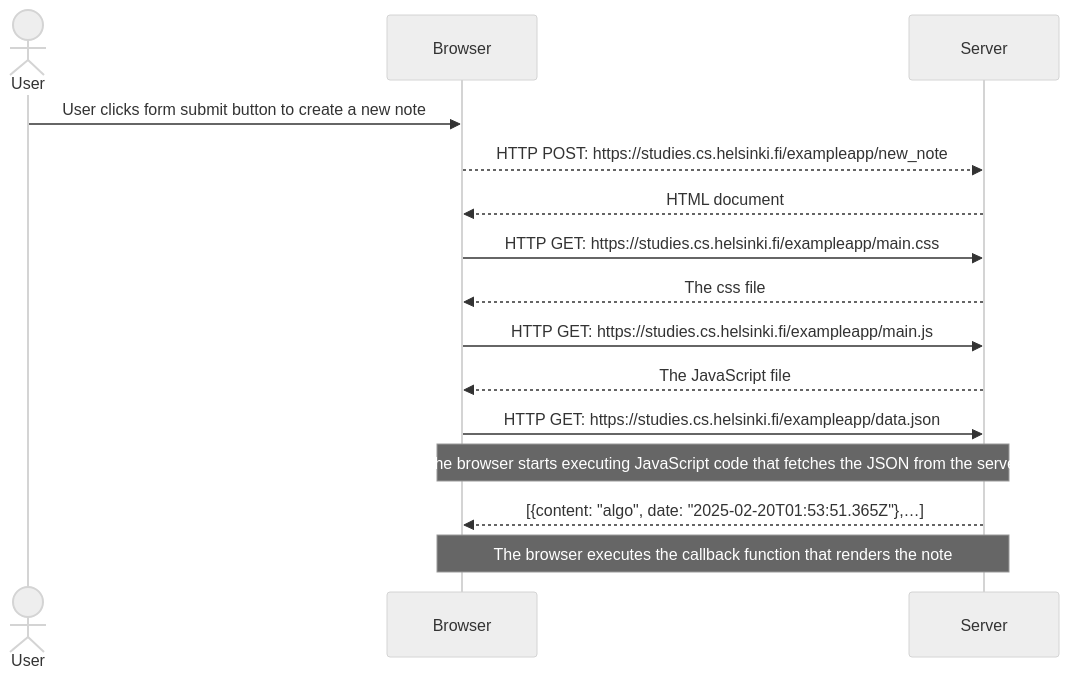
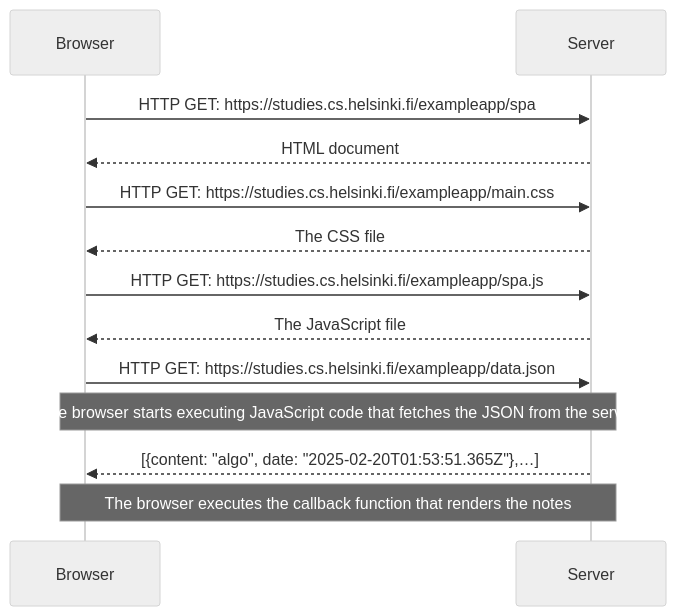
The diagram in part0/0.5_single_page_app_diagram.md (StephenOwen07/Full-Stack-Open), drawn with Mermaid (neutral theme) before and after one commit.

Commit message:
exercise: complete 0.5 single page app diagram

````diff
--- a/part0/0.5_single_page_app_diagram.md
+++ b/part0/0.5_single_page_app_diagram.md
@@ -2,19 +2,17 @@
 ```mermaid
     sequenceDiagram
-    Actor U as User
     Participant B as Browser
     Participant S as Server
 
-    U ->> B: User clicks form submit button to create a new note
-    B -->> S: HTTP POST: https://studies.cs.helsinki.fi/exampleapp/new_note
+    B ->> S: HTTP GET: https://studies.cs.helsinki.fi/exampleapp/spa
     S -->> B: HTML document
     B ->> S: HTTP GET: https://studies.cs.helsinki.fi/exampleapp/main.css
-    S -->> B: The css file
-    B ->> S: HTTP GET: https://studies.cs.helsinki.fi/exampleapp/main.js
+    S -->> B: The CSS file
+    B ->> S: HTTP GET: https://studies.cs.helsinki.fi/exampleapp/spa.js
     S -->> B: The JavaScript file
     B ->> S: HTTP GET: https://studies.cs.helsinki.fi/exampleapp/data.json
     Note over B,S: The browser starts executing JavaScript code that fetches the JSON from the server 
     S -->> B: [{content: "algo", date: "2025-02-20T01:53:51.365Z"},…]
-    Note over B,S: The browser executes the callback function that renders the note
+    Note over B,S: The browser executes the callback function that renders the notes
 
 ``` 
````
